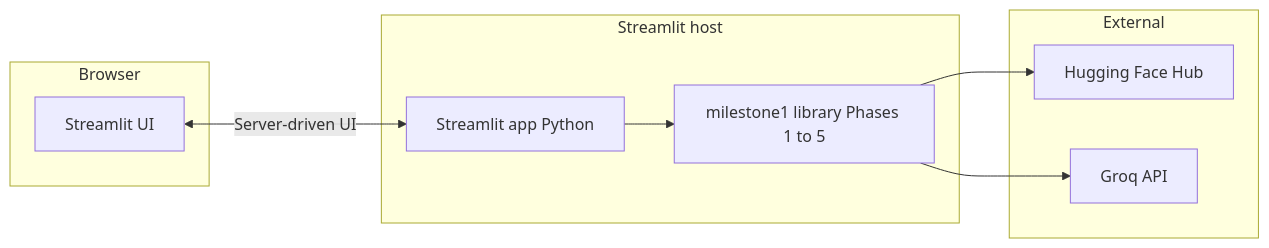
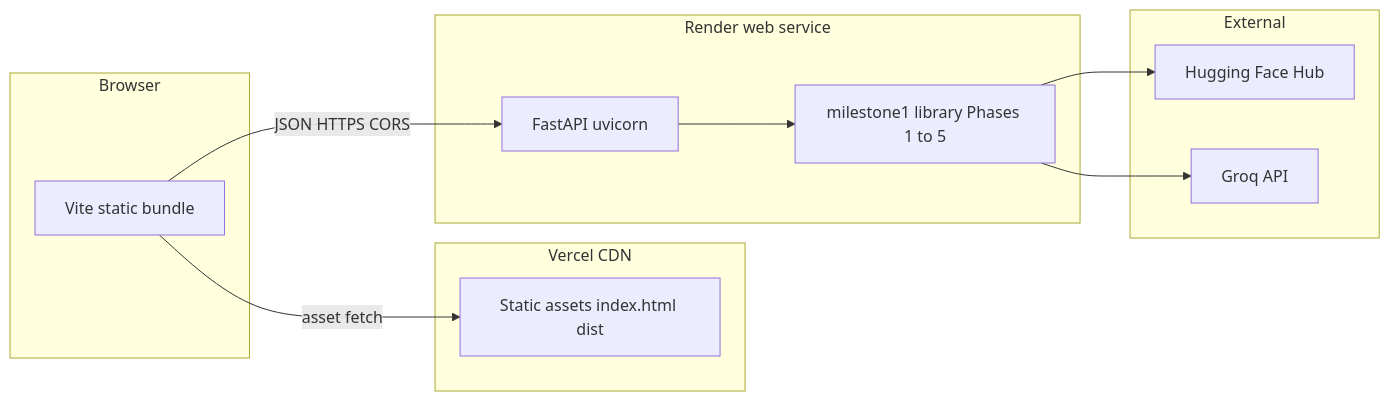
The fourth of 4 diagrams in docs/phased-architecture.md (saksham20189575/m1-zomato), drawn with Mermaid before and after one commit. The commit also changed other lines of this file and 9 other files, not shown here.

````diff
--- a/docs/phased-architecture.md
+++ b/docs/phased-architecture.md
@@ -225,18 +224,22 @@
 ```mermaid
 flowchart LR
   subgraph client [Browser]
-    ST[Streamlit UI]
+    FE[Vite static bundle]
   end
-  subgraph server [Streamlit host]
-    APP[Streamlit app Python]
+  subgraph vercel [Vercel CDN]
+    STATIC[Static assets index.html dist]
+  end
+  subgraph render [Render web service]
+    API[FastAPI uvicorn]
     LIB[milestone1 library Phases 1 to 5]
   end
   subgraph external [External]
     HF[Hugging Face Hub]
     GROQ[Groq API]
   end
-  ST <-->|Server-driven UI| APP
-  APP --> LIB
+  FE -->|asset fetch| STATIC
+  FE -->|JSON HTTPS CORS| API
+  API --> LIB
   LIB --> HF
   LIB --> GROQ
 ```
````
